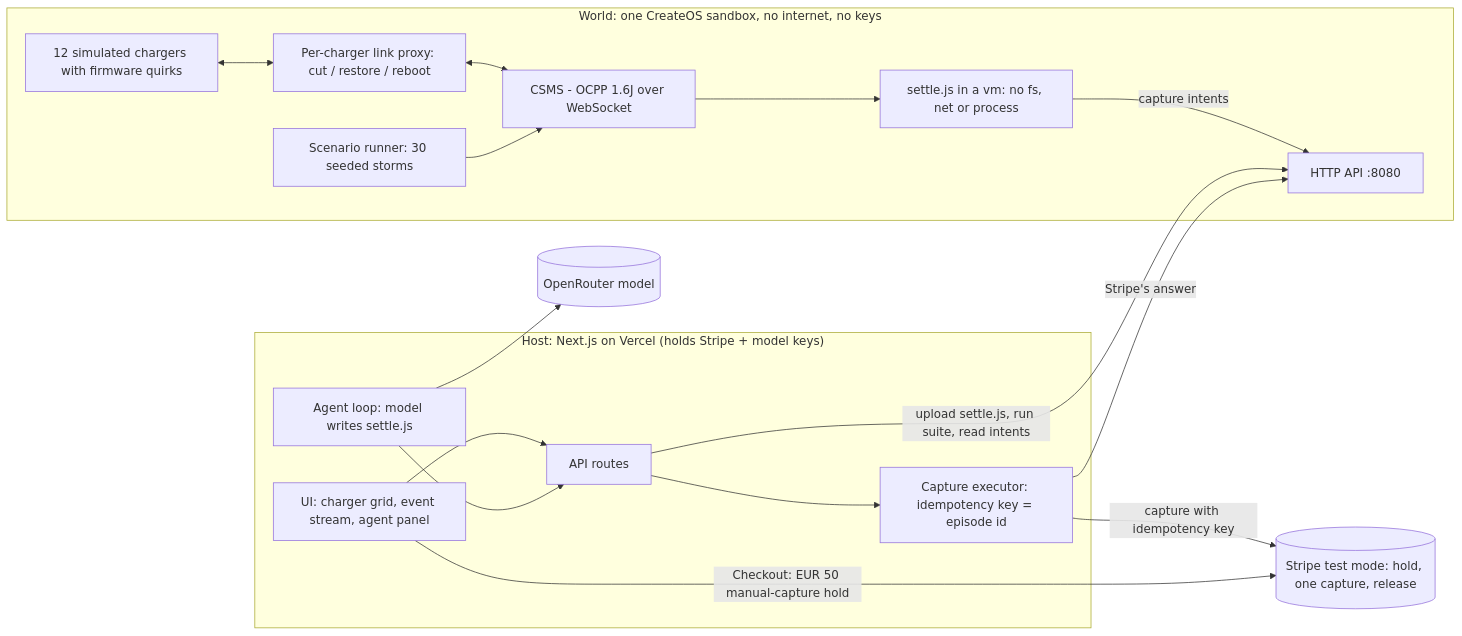
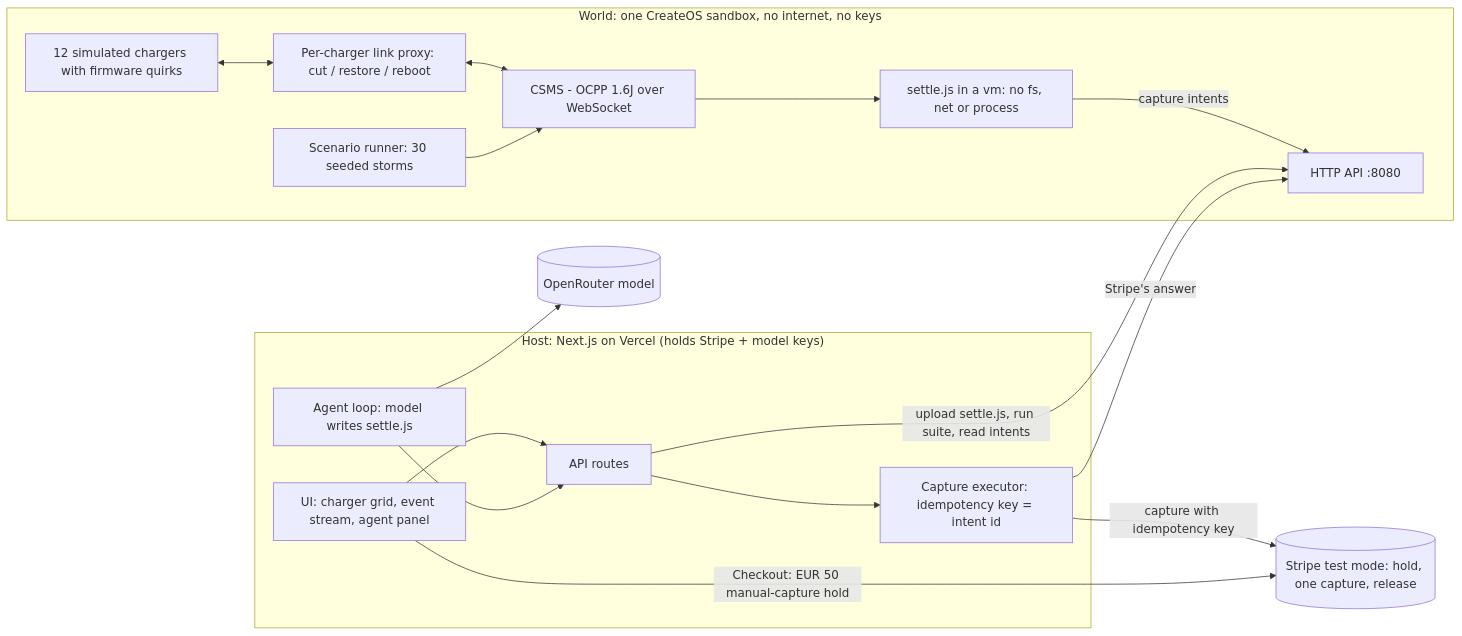
The diagram in README.md (iamdflame/once), drawn with Mermaid before and after one commit. The commit also changed other lines of this file and 3 other files, not shown here.

Commit message:
Docs: truth pass after review (idempotency by intent, AFIR scope, simulation labelled, no overclaims)

````diff
--- a/README.md
+++ b/README.md
@@ -96,30 +96,30 @@
 ```mermaid
 flowchart LR
   subgraph Host["Host: Next.js on Vercel (holds Stripe + model keys)"]
     UI[UI: charger grid, event stream, agent panel]
     API[API routes]
     AG[Agent loop: model writes settle.js]
-    EX[Capture executor: idempotency key = episode id]
+    EX[Capture executor: idempotency key = intent id]
   end
   subgraph World["World: one CreateOS sandbox, no internet, no keys"]
     CSMS[CSMS - OCPP 1.6J over WebSocket]
     CH[12 simulated chargers with firmware quirks]
     LP[Per-charger link proxy: cut / restore / reboot]
     ST[settle.js in a vm: no fs, net or process]
     SR[Scenario runner: 30 seeded storms]
     CH <--> LP <--> CSMS
     CSMS --> ST
     ST -->|capture intents| WAPI[HTTP API :8080]
     SR --> CSMS
   end
   STRIPE[(Stripe test mode: hold, one capture, release)]
   OR[(OpenRouter model)]
   UI --> API
   API -->|upload settle.js, run suite, read intents| WAPI
   AG --> OR
   AG --> API
   API --> EX
   EX -->|capture with idempotency key| STRIPE
   EX -->|Stripe's answer| WAPI
   UI -->|Checkout: EUR 50 manual-capture hold| STRIPE
 ```
````
